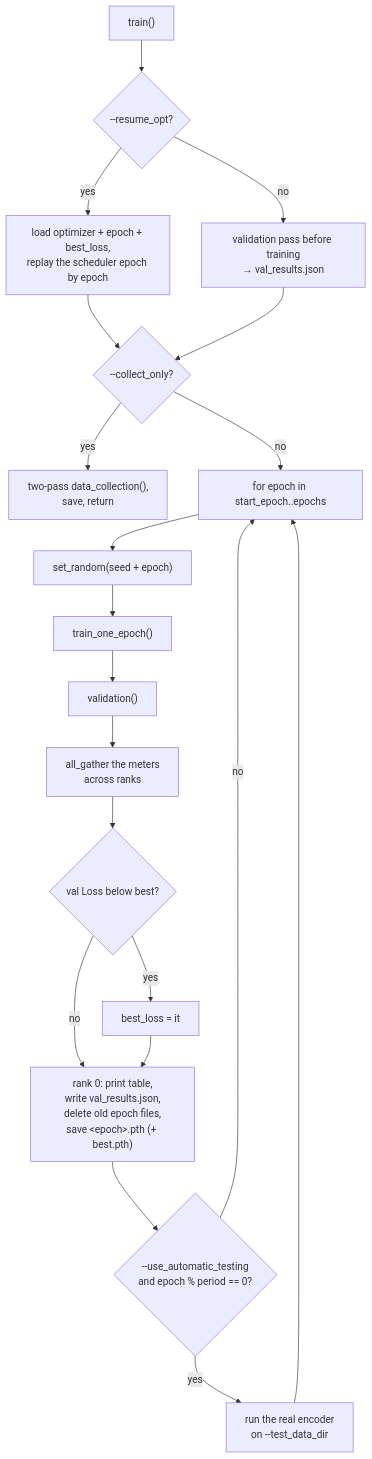
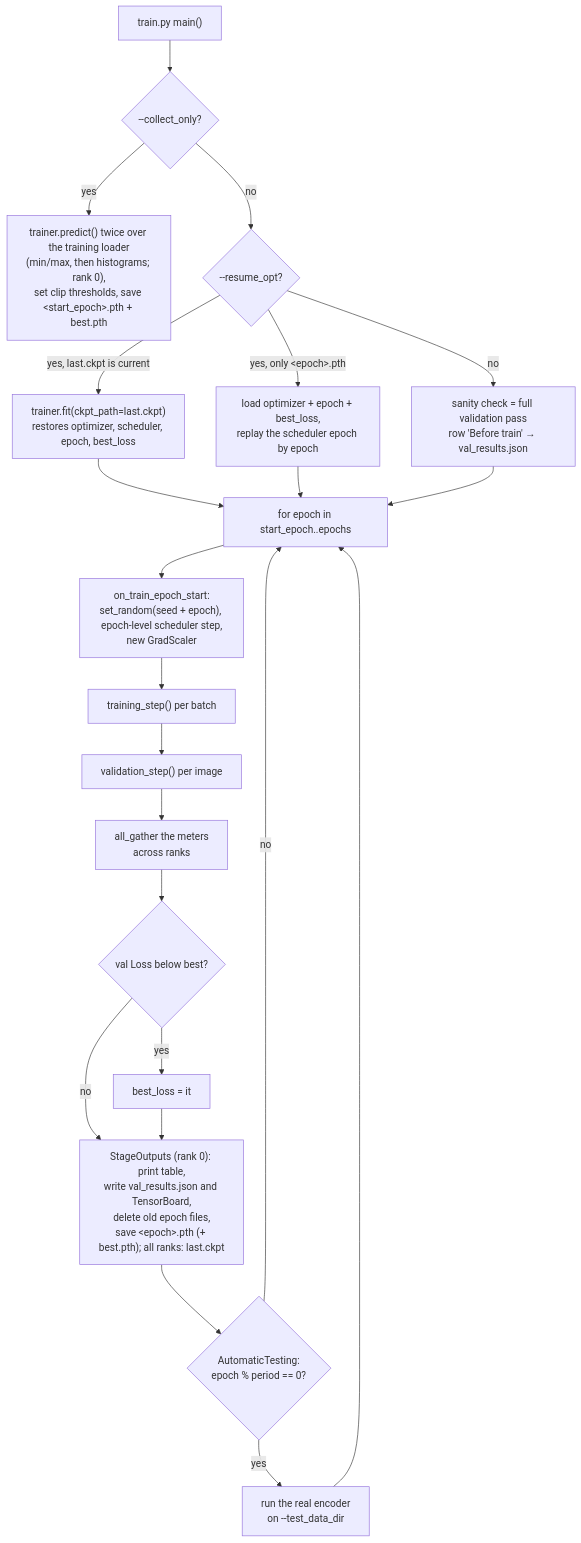
Before and after one commit to akarabutov/jpeg-ai-reference-software: the fifth of 5 diagrams in docs/architecture/13-training.md, drawn with Mermaid. The commit also changed other lines of this file and 19 other files, not shown here.

````diff
--- a/docs/architecture/13-training.md
+++ b/docs/architecture/13-training.md
@@ -659,23 +690,25 @@
 ```mermaid
 flowchart TB
-    START["train()"] --> RESUME{"--resume_opt?"}
-    RESUME -->|yes| REPLAY["load optimizer + epoch + best_loss,<br/>replay the scheduler epoch by epoch"]
-    RESUME -->|no| PREVAL["validation pass before training<br/>→ val_results.json"]
-    REPLAY --> COLLECT
-    PREVAL --> COLLECT
-    COLLECT{"--collect_only?"} -->|yes| DC["two-pass data_collection(),<br/>save, return"]
-    COLLECT -->|no| EPOCH
+    START["train.py main()"] --> COLLECT{"--collect_only?"}
+    COLLECT -->|yes| DC["trainer.predict() twice over the training loader<br/>(min/max, then histograms; rank 0),<br/>set clip thresholds, save &lt;start_epoch&gt;.pth + best.pth"]
+    COLLECT -->|no| RESUME{"--resume_opt?"}
+    RESUME -->|"yes, last.ckpt is current"| CKPT["trainer.fit(ckpt_path=last.ckpt)<br/>restores optimizer, scheduler, epoch, best_loss"]
+    RESUME -->|"yes, only &lt;epoch&gt;.pth"| REPLAY["load optimizer + epoch + best_loss,<br/>replay the scheduler epoch by epoch"]
+    RESUME -->|no| PREVAL["sanity check = full validation pass<br/>row 'Before train' → val_results.json"]
+    CKPT --> EPOCH
+    REPLAY --> EPOCH
+    PREVAL --> EPOCH
 
-    EPOCH["for epoch in start_epoch..epochs"] --> SEED["set_random(seed + epoch)"]
-    SEED --> TRAIN1["train_one_epoch()"]
-    TRAIN1 --> VAL["validation()"]
+    EPOCH["for epoch in start_epoch..epochs"] --> SEED["on_train_epoch_start:<br/>set_random(seed + epoch), epoch-level scheduler step,<br/>new GradScaler"]
+    SEED --> TRAIN1["training_step() per batch"]
+    TRAIN1 --> VAL["validation_step() per image"]
     VAL --> GATHER["all_gather the meters<br/>across ranks"]
     GATHER --> BEST{"val Loss below best?"}
     BEST -->|yes| MARK["best_loss = it"]
     BEST -->|no| SAVE
-    MARK --> SAVE["rank 0: print table,<br/>write val_results.json,<br/>delete old epoch files,<br/>save &lt;epoch&gt;.pth (+ best.pth)"]
-    SAVE --> TEST{"--use_automatic_testing<br/>and epoch % period == 0?"}
+    MARK --> SAVE["StageOutputs (rank 0): print table,<br/>write val_results.json and TensorBoard,<br/>delete old epoch files,<br/>save &lt;epoch&gt;.pth (+ best.pth); all ranks: last.ckpt"]
+    SAVE --> TEST{"AutomaticTesting:<br/>epoch % period == 0?"}
     TEST -->|yes| INFER["run the real encoder<br/>on --test_data_dir"]
     TEST -->|no| EPOCH
     INFER --> EPOCH
 ```
````
